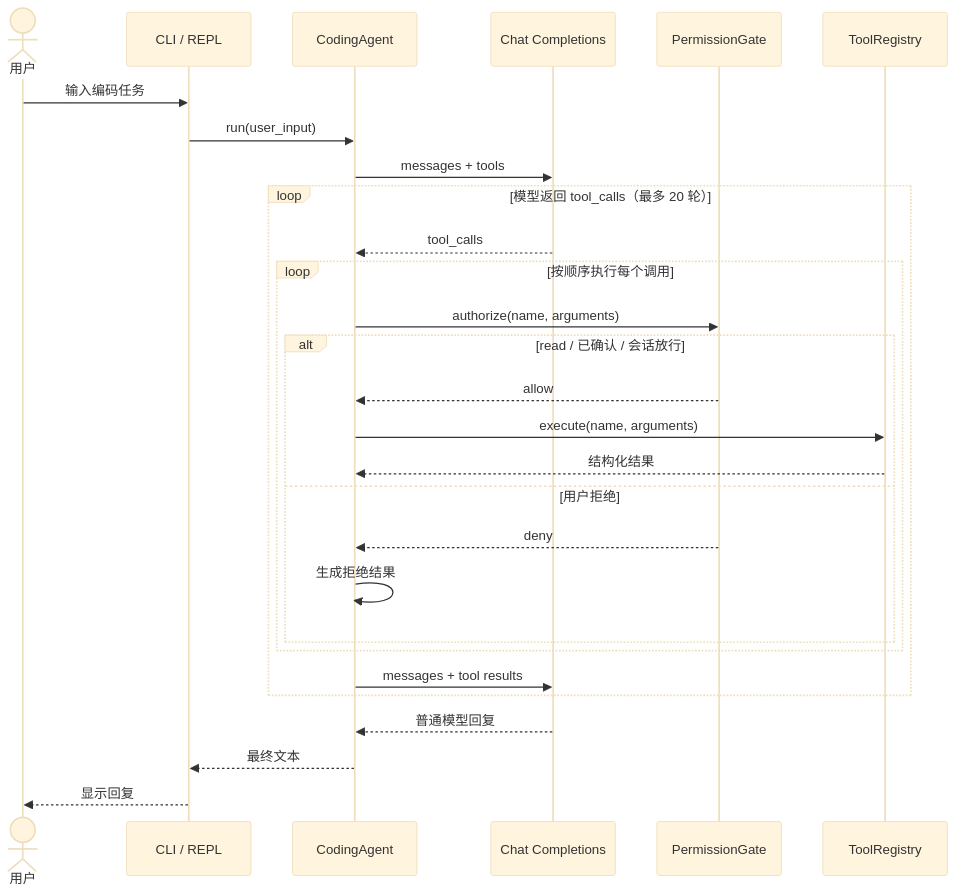
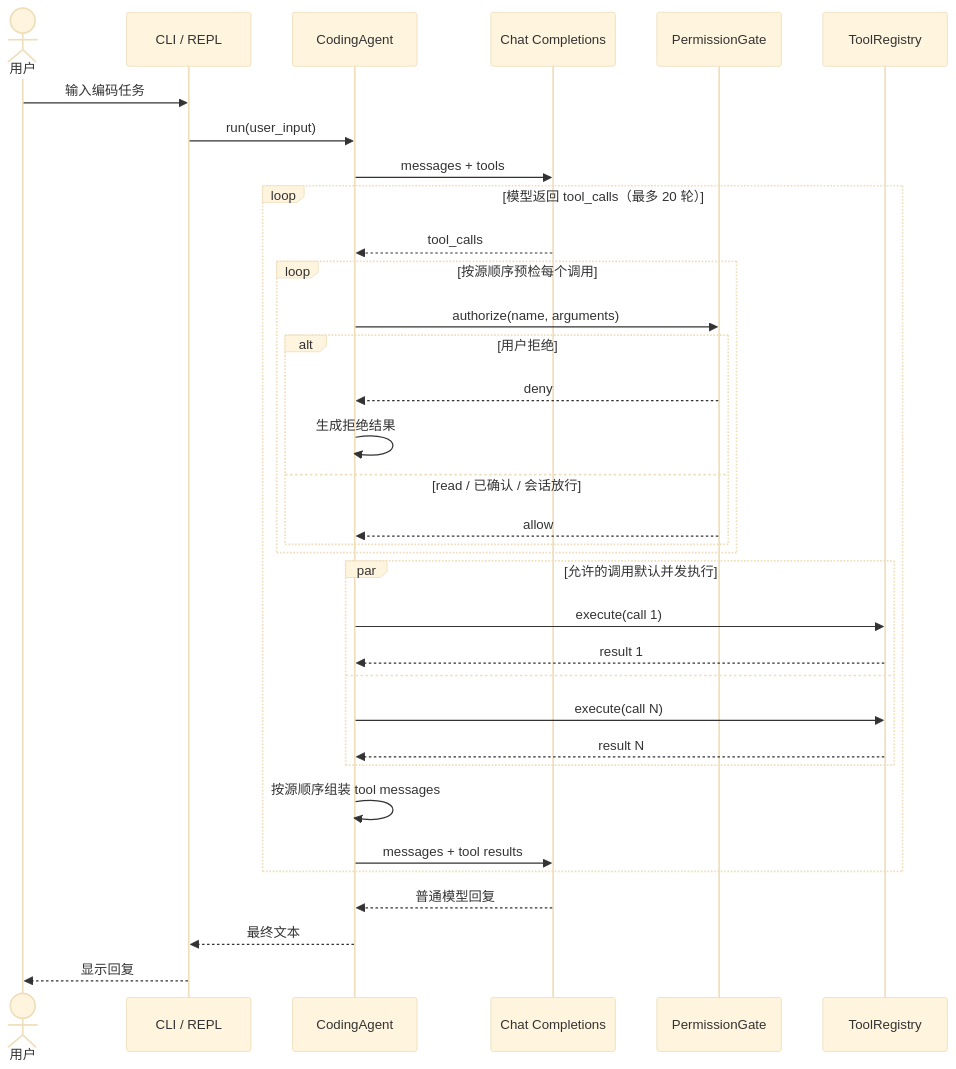
One commit to hxr223/laoHuangCode changed the second of 2 diagrams in docs/architecture.md. Above: the diagram before and after it, drawn with Mermaid (base theme). The commit also changed other lines of this file and 30 other files, not shown here.

````diff
--- a/docs/architecture.md
+++ b/docs/architecture.md
@@ -74,33 +84,39 @@
 ```mermaid
 sequenceDiagram
     actor User as 用户
     participant CLI as CLI / REPL
     participant Agent as CodingAgent
     participant API as Chat Completions
     participant Gate as PermissionGate
     participant Tools as ToolRegistry
 
     User->>CLI: 输入编码任务
     CLI->>Agent: run(user_input)
     Agent->>API: messages + tools
 
     loop 模型返回 tool_calls（最多 20 轮）
         API-->>Agent: tool_calls
-        loop 按顺序执行每个调用
+        loop 按源顺序预检每个调用
             Agent->>Gate: authorize(name, arguments)
-            alt read / 已确认 / 会话放行
-                Gate-->>Agent: allow
-                Agent->>Tools: execute(name, arguments)
-                Tools-->>Agent: 结构化结果
-            else 用户拒绝
+            alt 用户拒绝
                 Gate-->>Agent: deny
                 Agent->>Agent: 生成拒绝结果
+            else read / 已确认 / 会话放行
+                Gate-->>Agent: allow
             end
         end
+        par 允许的调用默认并发执行
+            Agent->>Tools: execute(call 1)
+            Tools-->>Agent: result 1
+        and
+            Agent->>Tools: execute(call N)
+            Tools-->>Agent: result N
+        end
+        Agent->>Agent: 按源顺序组装 tool messages
         Agent->>API: messages + tool results
     end
 
     API-->>Agent: 普通模型回复
     Agent-->>CLI: 最终文本
     CLI-->>User: 显示回复
 ```
````
